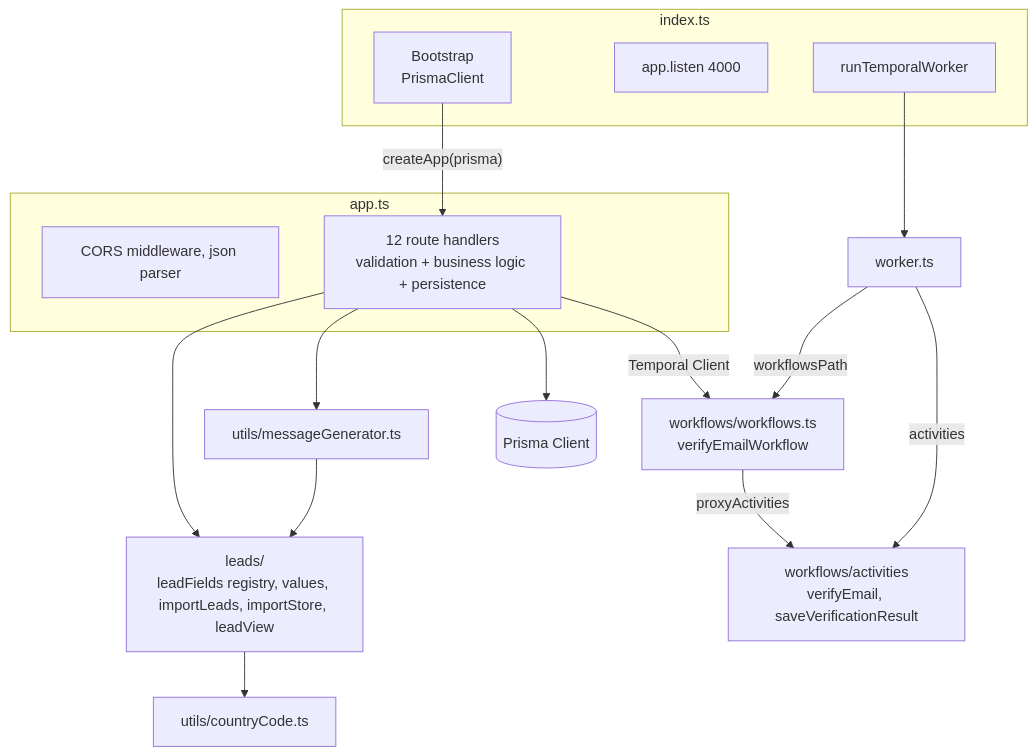
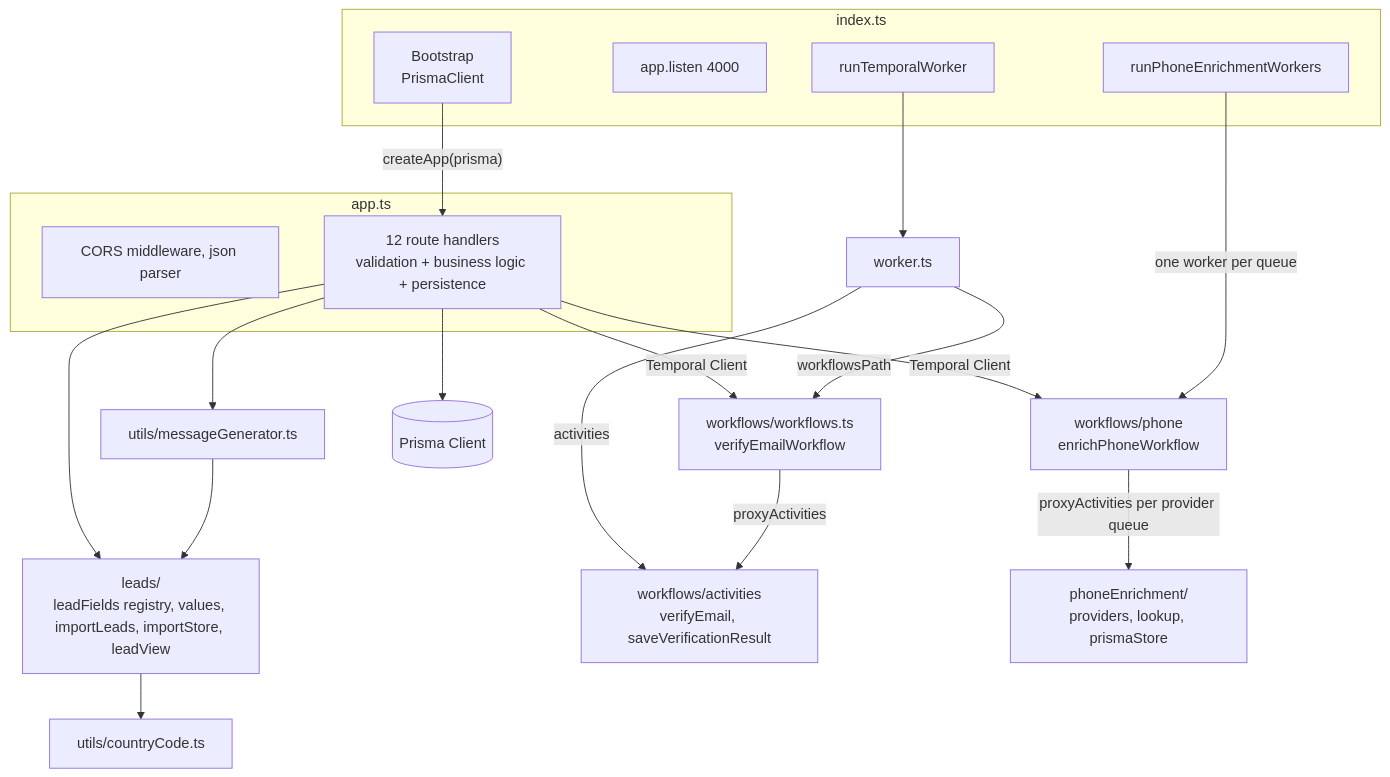
The first of 4 diagrams in design/architecture/02-backend.md (Genesy-AI/technical-task-sergi-cortes), drawn with Mermaid before and after one commit. The commit also changed other lines of this file and 9 other files, not shown here.

First line of the commit message:
docs(phone): record provider and task queue decisions and document phone enrichment

````diff
--- a/design/architecture/02-backend.md
+++ b/design/architecture/02-backend.md
@@ -8,31 +8,37 @@
 ```mermaid
 flowchart TB
     subgraph index.ts
         BOOT[Bootstrap<br/>PrismaClient]
         LISTEN[app.listen 4000]
         RUNW[runTemporalWorker]
+        RUNP[runPhoneEnrichmentWorkers]
     end
     subgraph app.ts
         CORS[CORS middleware, json parser]
         ROUTES[12 route handlers<br/>validation + business logic + persistence]
     end
     BOOT -- "createApp(prisma)" --> ROUTES
     MSG[utils/messageGenerator.ts]
     CC[utils/countryCode.ts]
     LEADS[leads/<br/>leadFields registry, values, importLeads, importStore, leadView]
     ROUTES --> LEADS
     LEADS --> CC
     MSG --> LEADS
     WF[workflows/workflows.ts<br/>verifyEmailWorkflow]
     ACT[workflows/activities<br/>verifyEmail, saveVerificationResult]
     WORKER[worker.ts]
     PRISMA[(Prisma Client)]
 
     ROUTES --> MSG
     ROUTES --> PRISMA
     ROUTES -- "Temporal Client" --> WF
     RUNW --> WORKER
     WORKER -- "workflowsPath" --> WF
     WORKER -- "activities" --> ACT
     WF -- "proxyActivities" --> ACT
+    PWF[workflows/phone<br/>enrichPhoneWorkflow]
+    PACT[phoneEnrichment/<br/>providers, lookup, prismaStore]
+    ROUTES -- "Temporal Client" --> PWF
+    RUNP -- "one worker per queue" --> PWF
+    PWF -- "proxyActivities per provider queue" --> PACT
 ```
````
